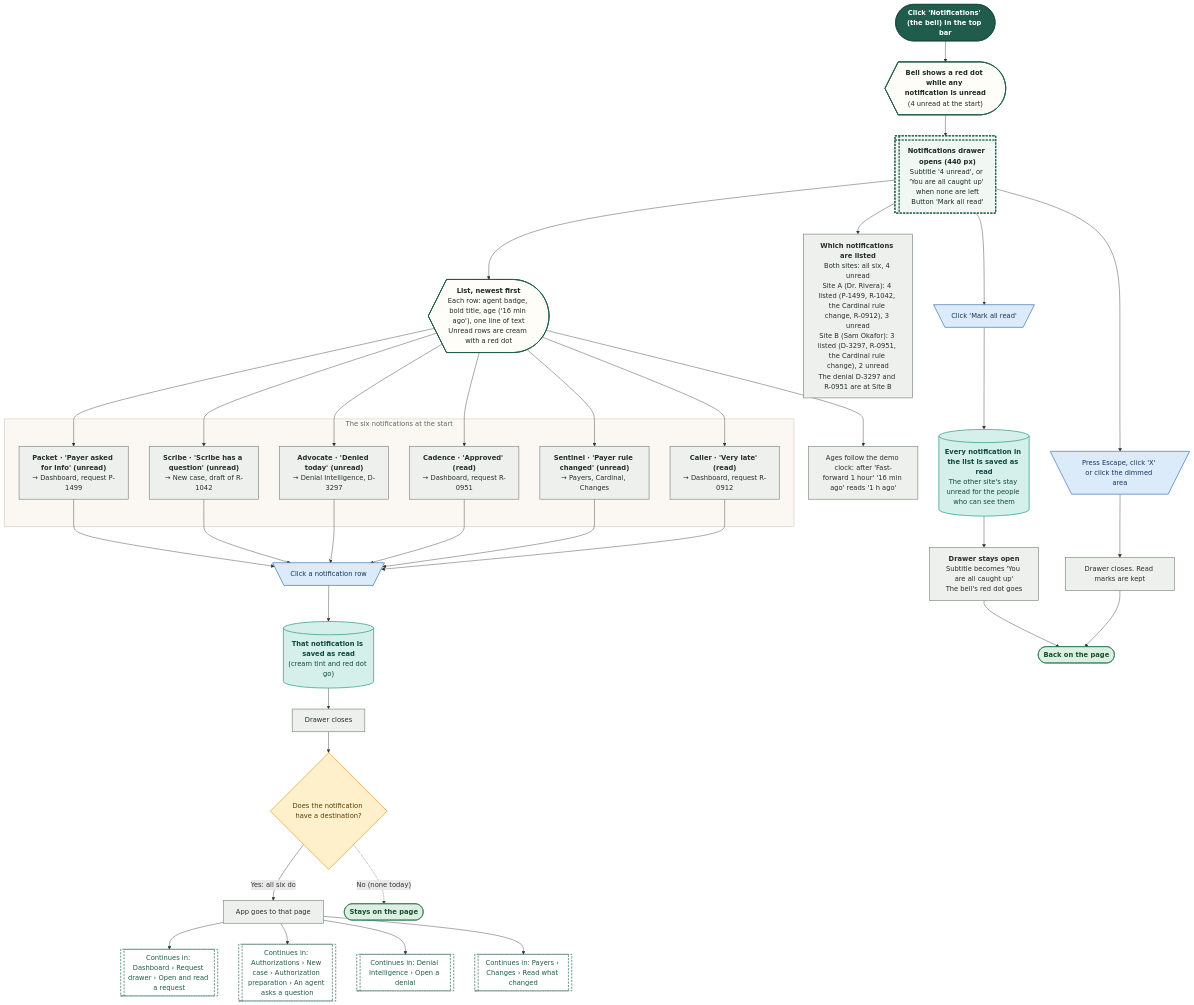
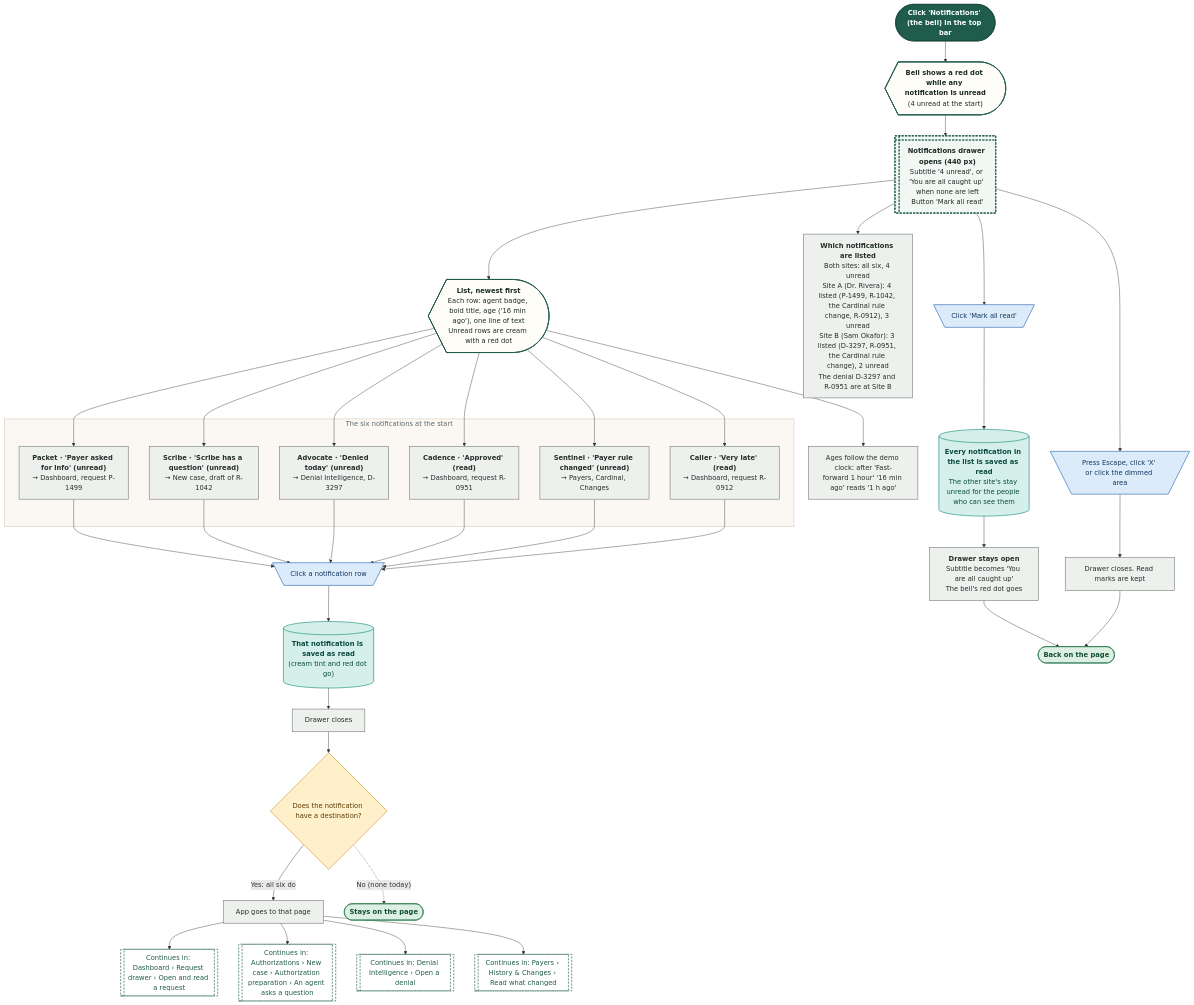
Before and after one commit to Shrav143/psyfloapp: the ninth of 18 diagrams in demos/prior-auth-demo/workflows/out/md/01-global-shell.md, drawn with Mermaid. The commit also changed other lines of this file and 60 other files, not shown here.

First line of the commit message:
feat: Payer Workflow Studio integration (compact header, default workflow in view panel, docs, diagrams)

````diff
--- a/demos/prior-auth-demo/workflows/out/md/01-global-shell.md
+++ b/demos/prior-auth-demo/workflows/out/md/01-global-shell.md
@@ -675,71 +675,71 @@
 ```mermaid
 %%{init: {"theme":"base","themeVariables":{"fontFamily":"'DM Sans', 'Segoe UI', system-ui, sans-serif","fontSize":"15px","lineColor":"#5B6B63","primaryTextColor":"#1C2B25","clusterBkg":"#FBF8F3","clusterBorder":"#D9CDBB","edgeLabelBackground":"#FFFFFF"},"flowchart":{"curve":"basis","nodeSpacing":36,"rankSpacing":48,"padding":12,"htmlLabels":true,"useMaxWidth":false,"wrappingWidth":230}} }%%
 flowchart TD
   classDef k_start fill:#1F5C4B,stroke:#174638,color:#FFFFFF,stroke-width:1.5px,font-weight:600
   classDef k_end fill:#DDEFE3,stroke:#2E7D4F,color:#14502F,stroke-width:1.5px,font-weight:600
   classDef k_endx fill:#FBE3E0,stroke:#C0392B,color:#7A1F16,stroke-width:1.5px,font-weight:600
   classDef k_screen fill:#FFFDF8,stroke:#1F5C4B,color:#1C2B25,stroke-width:2px
   classDef k_overlay fill:#F1F7F3,stroke:#1F5C4B,color:#1C2B25,stroke-width:2px,stroke-dasharray:5 3
   classDef k_click fill:#DCEBFA,stroke:#2F6DB5,color:#12365F,stroke-width:1.5px
   classDef k_input fill:#E4E7FF,stroke:#4C5FD5,color:#1D2670,stroke-width:1.5px
   classDef k_process fill:#EEF0EE,stroke:#7A857F,color:#26302B,stroke-width:1.5px
   classDef k_agent fill:#EEE5FA,stroke:#7A4FC2,color:#341A63,stroke-width:1.5px
   classDef k_decision fill:#FFF0CC,stroke:#D9962B,color:#5C3B00,stroke-width:1.5px
   classDef k_store fill:#D5F0EA,stroke:#1C8E7B,color:#0B4A3F,stroke-width:1.5px
   classDef k_doc fill:#F6E9DC,stroke:#B07A4C,color:#4A2E14,stroke-width:1.5px
   classDef k_ext fill:#FFE6D2,stroke:#E07B39,color:#6B2F06,stroke-width:1.5px
   classDef k_wait fill:#E4E8EE,stroke:#6B7C93,color:#26303D,stroke-width:1.5px
   classDef k_toast fill:#FFF9DB,stroke:#C9A400,color:#5A4A00,stroke-width:1.5px
   classDef k_goto fill:#FFFFFF,stroke:#1F5C4B,color:#1F5C4B,stroke-width:1.5px,stroke-dasharray:5 3
   s1@{ shape: stadium, label: "Click 'Notifications' (the bell) in the top bar" }
   bell@{ shape: curv-trap, label: "<b>Bell shows a red dot while any notification is unread</b><br/>(4 unread at the start)" }
   o1@{ shape: win-pane, label: "<b>Notifications drawer opens (440 px)</b><br/>Subtitle '4 unread', or 'You are all caught up' when none are left<br/>Button 'Mark all read'" }
   l1@{ shape: curv-trap, label: "<b>List, newest first</b><br/>Each row: agent badge, bold title, age ('16 min ago'), one line of text<br/>Unread rows are cream with a red dot" }
   ps@{ shape: rect, label: "<b>Which notifications are listed</b><br/>Both sites: all six, 4 unread<br/>Site A (Dr. Rivera): 4 listed (P-1499, R-1042, the Cardinal rule change, R-0912), 3 unread<br/>Site B (Sam Okafor): 3 listed (D-3297, R-0951, the Cardinal rule change), 2 unread<br/>The denial D-3297 and R-0951 are at Site B" }
   p0@{ shape: rect, label: "Ages follow the demo clock: after 'Fast-forward 1 hour' '16 min ago' reads '1 h ago'" }
   subgraph gRows ["The six notifications at the start"]
   n1@{ shape: rect, label: "<b>Packet · 'Payer asked for info' (unread)</b><br/>→ Dashboard, request P-1499" }
   n2@{ shape: rect, label: "<b>Scribe · 'Scribe has a question' (unread)</b><br/>→ New case, draft of R-1042" }
   n3@{ shape: rect, label: "<b>Advocate · 'Denied today' (unread)</b><br/>→ Denial Intelligence, D-3297" }
   n4@{ shape: rect, label: "<b>Cadence · 'Approved' (read)</b><br/>→ Dashboard, request R-0951" }
   n5@{ shape: rect, label: "<b>Sentinel · 'Payer rule changed' (unread)</b><br/>→ Payers, Cardinal, Changes" }
   n6@{ shape: rect, label: "<b>Caller · 'Very late' (read)</b><br/>→ Dashboard, request R-0912" }
   end
   c1@{ shape: trap-t, label: "Click a notification row" }
   st1@{ shape: cyl, label: "<b>That notification is saved as read</b><br/>(cream tint and red dot go)" }
   p1@{ shape: rect, label: "Drawer closes" }
   d1@{ shape: diam, label: "Does the notification have a destination?" }
   p2@{ shape: rect, label: "App goes to that page" }
   g1@{ shape: subproc, label: "Continues in: Dashboard › Request drawer › Open and read a request" }
   g2@{ shape: subproc, label: "Continues in: Authorizations › New case › Authorization preparation › An agent asks a question" }
   g3@{ shape: subproc, label: "Continues in: Denial Intelligence › Open a denial" }
-  g4@{ shape: subproc, label: "Continues in: Payers › Changes › Read what changed" }
+  g4@{ shape: subproc, label: "Continues in: Payers › History & Changes › Read what changed" }
   e0@{ shape: stadium, label: "Stays on the page" }
   c2@{ shape: trap-t, label: "Click 'Mark all read'" }
   st2@{ shape: cyl, label: "<b>Every notification in the list is saved as read</b><br/>The other site's stay unread for the people who can see them" }
   p3@{ shape: rect, label: "<b>Drawer stays open</b><br/>Subtitle becomes 'You are all caught up'<br/>The bell's red dot goes" }
   c3@{ shape: trap-t, label: "Press Escape, click 'X' or click the dimmed area" }
   p4@{ shape: rect, label: "Drawer closes. Read marks are kept" }
   e1@{ shape: stadium, label: "Back on the page" }
   s1 --> bell --> o1 --> l1
   l1 --> p0
   o1 --> ps
   l1 --> n1 & n2 & n3 & n4 & n5 & n6
   n1 & n2 & n3 & n4 & n5 & n6 --> c1
   c1 --> st1 --> p1 --> d1
   d1 -->|"Yes: all six do"| p2
   d1 -.->|"No (none today)"| e0
   p2 --> g1 & g2 & g3 & g4
   o1 --> c2 --> st2 --> p3 --> e1
   o1 --> c3 --> p4 --> e1
   class s1 k_start
   class bell,l1 k_screen
   class o1 k_overlay
   class ps,p0,n1,n2,n3,n4,n5,n6,p1,p2,p3,p4 k_process
   class c1,c2,c3 k_click
   class st1,st2 k_store
   class d1 k_decision
   class g1,g2,g3,g4 k_goto
   class e0,e1 k_end
   style gRows fill:#FBF8F3,stroke:#D9CDBB,stroke-width:1.5px,color:#5B6B63
 ```
````
